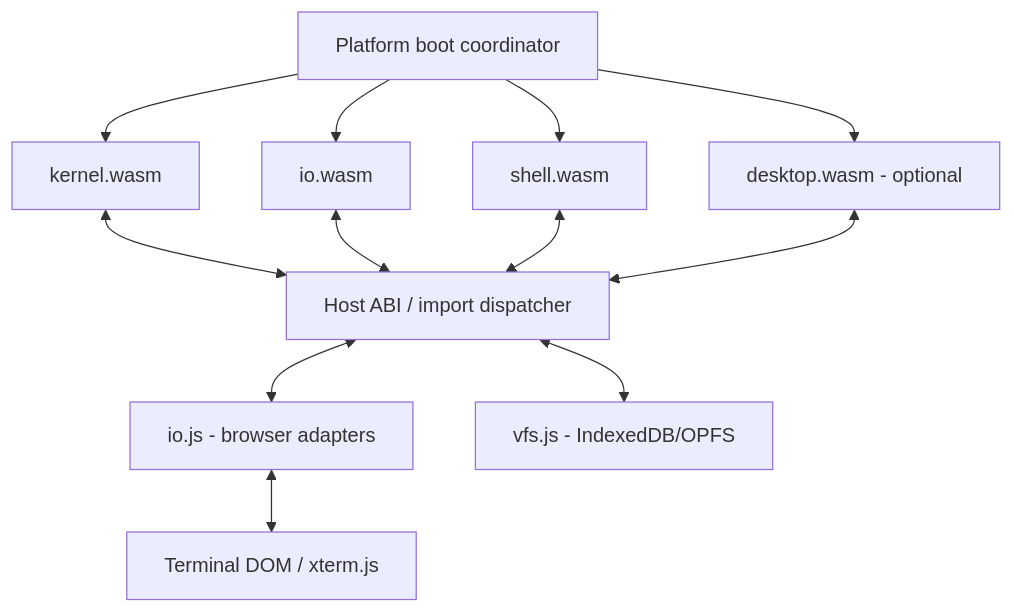
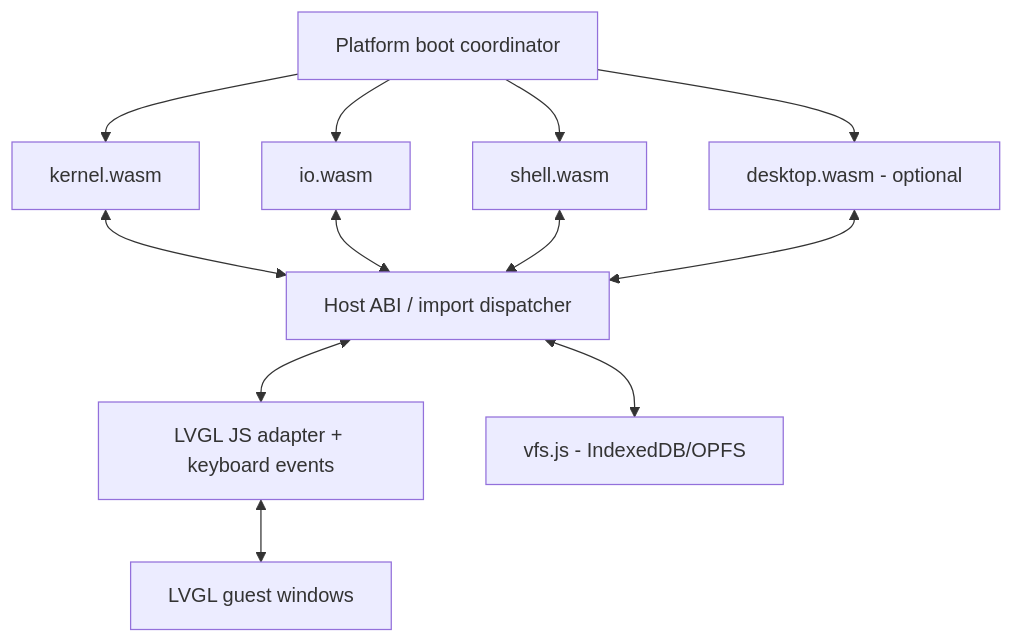
The diagram in apps/shell/README.md (souzamonteiro/maiaos), drawn with Mermaid before and after one commit. The commit also changed other lines of this file and 40 other files, not shown here.

First line of the commit message:
feat: integrate generated shell frontend with LVGL guest

````diff
--- a/apps/shell/README.md
+++ b/apps/shell/README.md
@@ -7,14 +7,14 @@
 ```mermaid
 flowchart TD
  B[Platform boot coordinator] --> K[kernel.wasm]
  B --> I[io.wasm]
  B --> S[shell.wasm]
  B --> D[desktop.wasm - optional]
  K <--> H[Host ABI / import dispatcher]
  I <--> H
  S <--> H
  D <--> H
- H <--> J[io.js - browser adapters]
+ H <--> J[LVGL JS adapter + keyboard events]
  H <--> V[vfs.js - IndexedDB/OPFS]
- J <--> T[Terminal DOM / xterm.js]
+ J <--> T[LVGL guest windows]
 ```
````
